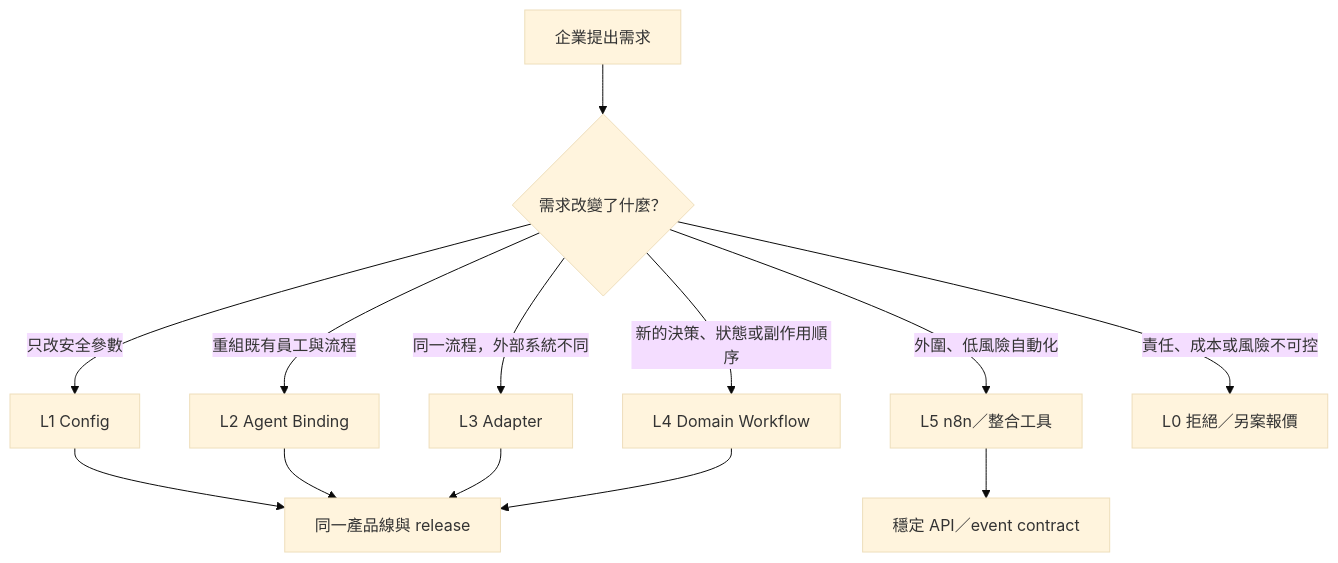
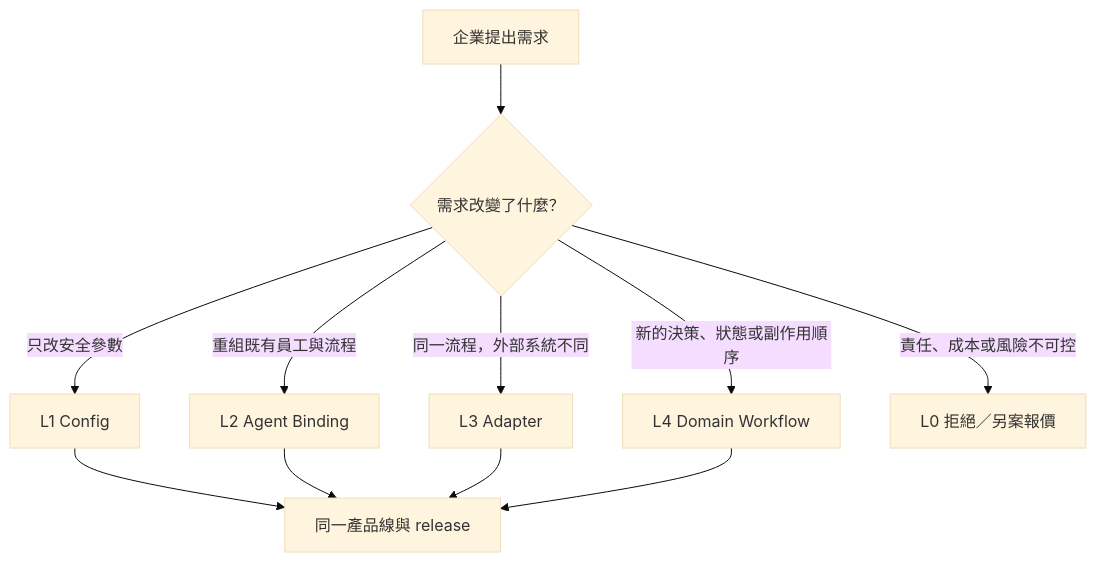
Before and after one commit to fanstudents/kv: the second of 3 diagrams in docs/ENTERPRISE_PRODUCTIZATION_STRATEGY.md, drawn with Mermaid (base theme). The commit also changed other lines of this file, not shown here.

````diff
--- a/docs/ENTERPRISE_PRODUCTIZATION_STRATEGY.md
+++ b/docs/ENTERPRISE_PRODUCTIZATION_STRATEGY.md
@@ -149,15 +148,13 @@
 ```mermaid
 flowchart TD
     R["企業提出需求"] --> Q{"需求改變了什麼？"}
     Q -->|"只改安全參數"| C["L1 Config"]
     Q -->|"重組既有員工與流程"| B["L2 Agent Binding"]
     Q -->|"同一流程，外部系統不同"| A["L3 Adapter"]
     Q -->|"新的決策、狀態或副作用順序"| W["L4 Domain Workflow"]
-    Q -->|"外圍、低風險自動化"| N["L5 n8n／整合工具"]
     Q -->|"責任、成本或風險不可控"| X["L0 拒絕／另案報價"]
     C --> P["同一產品線與 release"]
     B --> P
     A --> P
     W --> P
-    N --> API["穩定 API／event contract"]
 ```
````
